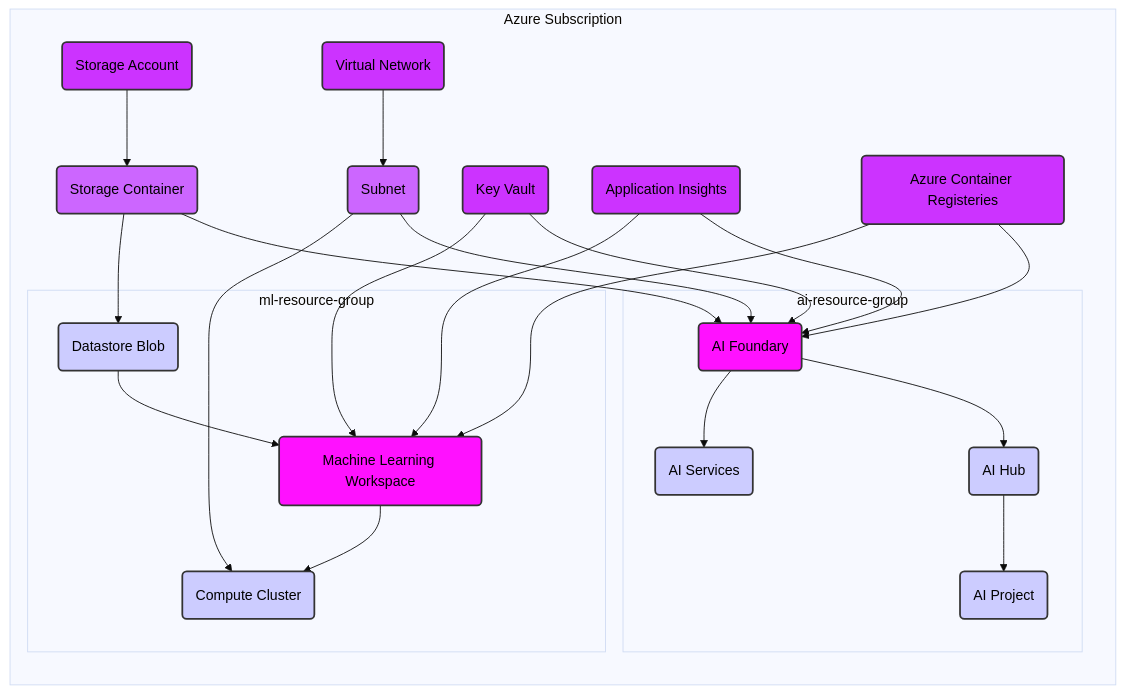
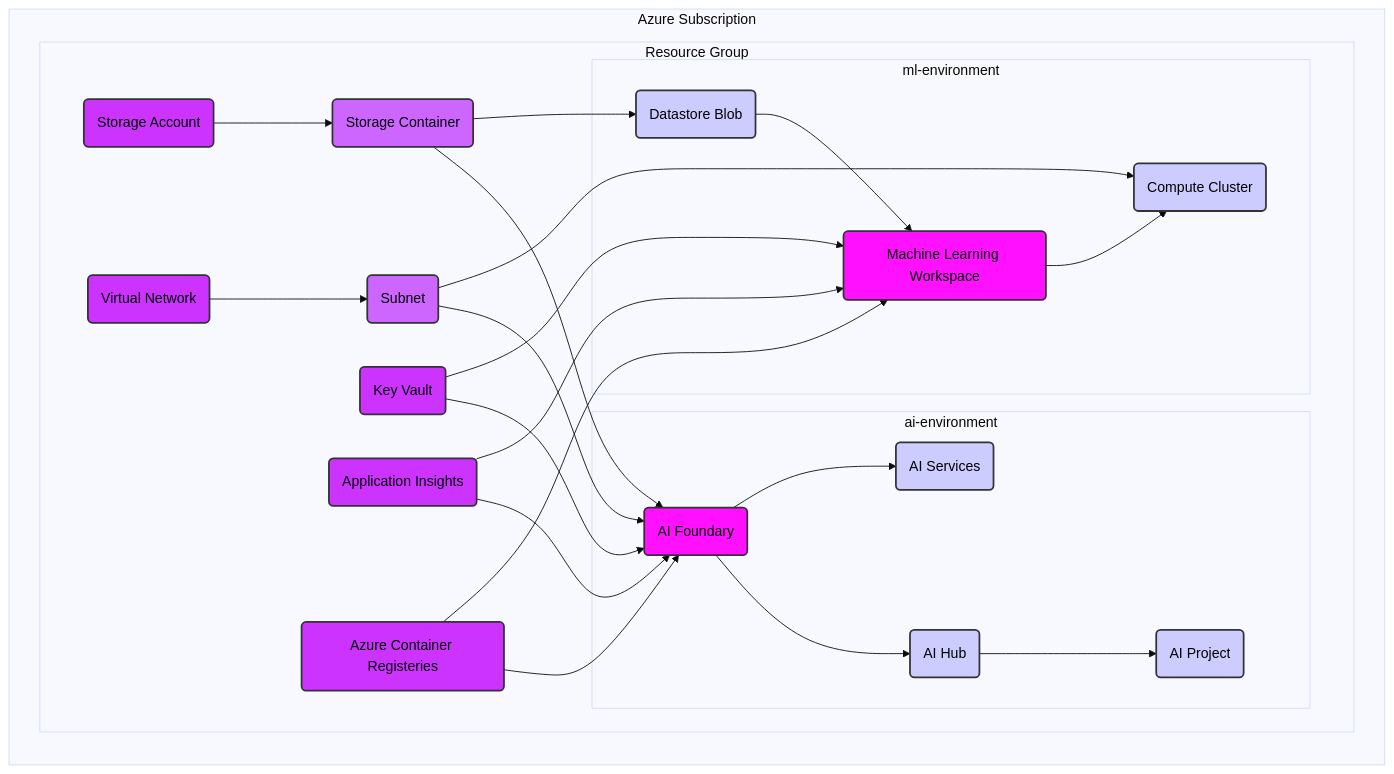
One commit to kunalmehta14/AZ-ML-Terraform changed the diagram in README.md. Above: the diagram before and after it, drawn with Mermaid (base theme).

Commit message:
Updated architecture

````diff
--- a/README.md
+++ b/README.md
@@ -71,57 +71,59 @@
 ```mermaid
 graph LR
     subgraph Azure Subscription
-        C(Storage Account)
-        D(Storage Container)
-        E(Virtual Network)
-        F(Subnet)
-        I(Key Vault)
-        J(Application Insights)
-        K(Azure Container Registeries)
-        subgraph Resource Environment ML [ml-resource-group]
-            A(Machine Learning Workspace)
-            B(Compute Cluster)
-            N(Datastore Blob)
-        end
-        subgraph Resource Environment AI [ai-resource-group]
-            G(AI Foundary)
-            H(AI Services)
-            L(AI Hub)
-            M(AI Project)
+        subgraph Resource Group
+            C(Storage Account)
+            D(Storage Container)
+            E(Virtual Network)
+            F(Subnet)
+            I(Key Vault)
+            J(Application Insights)
+            K(Azure Container Registeries)
+            subgraph Resource Environment ML [ml-environment]
+                A(Machine Learning Workspace)
+                B(Compute Cluster)
+                N(Datastore Blob)
+            end
+            subgraph Resource Environment AI [ai-environment]
+                G(AI Foundary)
+                H(AI Services)
+                L(AI Hub)
+                M(AI Project)
+            end
         end
     end
    
     C --> D
     E --> F
 
     A --> B
     D --> N
     N --> A
     F --> B
     I --> A
     J --> A
     K --> A
 
     G --> H
     G --> L
     L --> M
     F --> G
     D --> G
     I --> G
     J --> G
     K --> G
     style A fill:#f1f,stroke:#333,stroke-width:2px,color:#000
     style B fill:#ccf,stroke:#333,stroke-width:2px,color:#000
     style C fill:#c3f,stroke:#333,stroke-width:2px,color:#000
     style D fill:#c6f,stroke:#333,stroke-width:2px,color:#000
     style E fill:#c3f,stroke:#333,stroke-width:2px,color:#000
     style F fill:#c6f,stroke:#333,stroke-width:2px,color:#000
     style H fill:#ccf,stroke:#333,stroke-width:2px,color:#000
     style G fill:#f1f,stroke:#333,stroke-width:2px,color:#000
     style I fill:#c3f,stroke:#333,stroke-width:2px,color:#000
     style J fill:#c3f,stroke:#333,stroke-width:2px,color:#000
     style K fill:#c3f,stroke:#333,stroke-width:2px,color:#000
     style L fill:#ccf,stroke:#333,stroke-width:2px,color:#000
     style M fill:#ccf,stroke:#333,stroke-width:2px,color:#000
     style N fill:#ccf,stroke:#333,stroke-width:2px,color:#000
 ```
````
